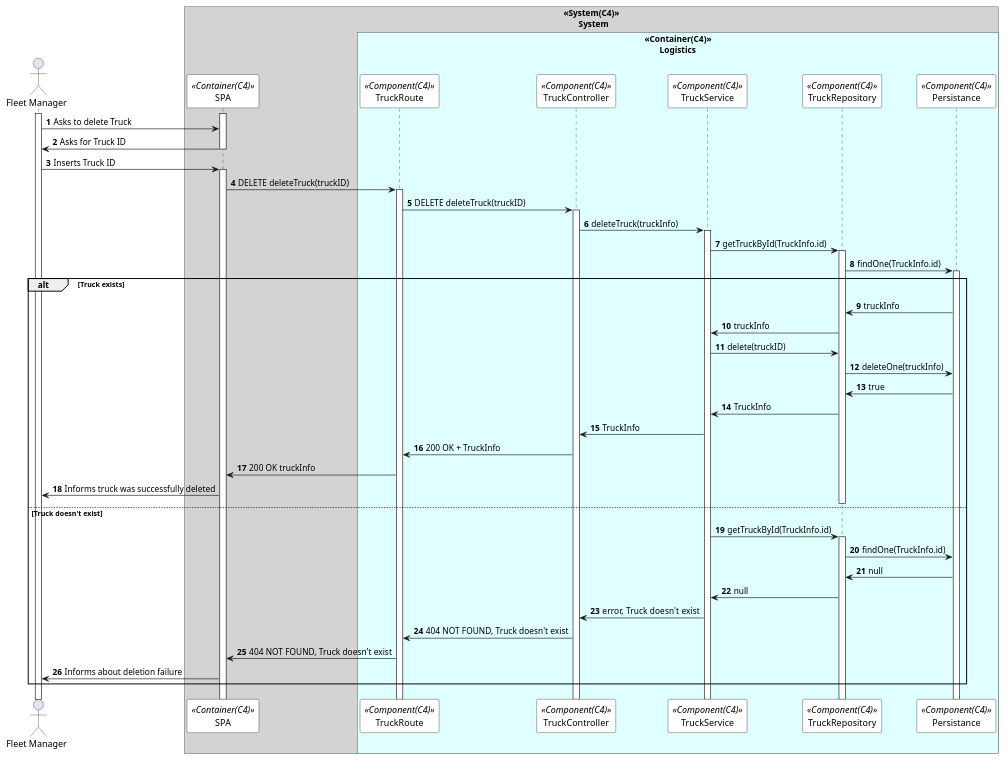
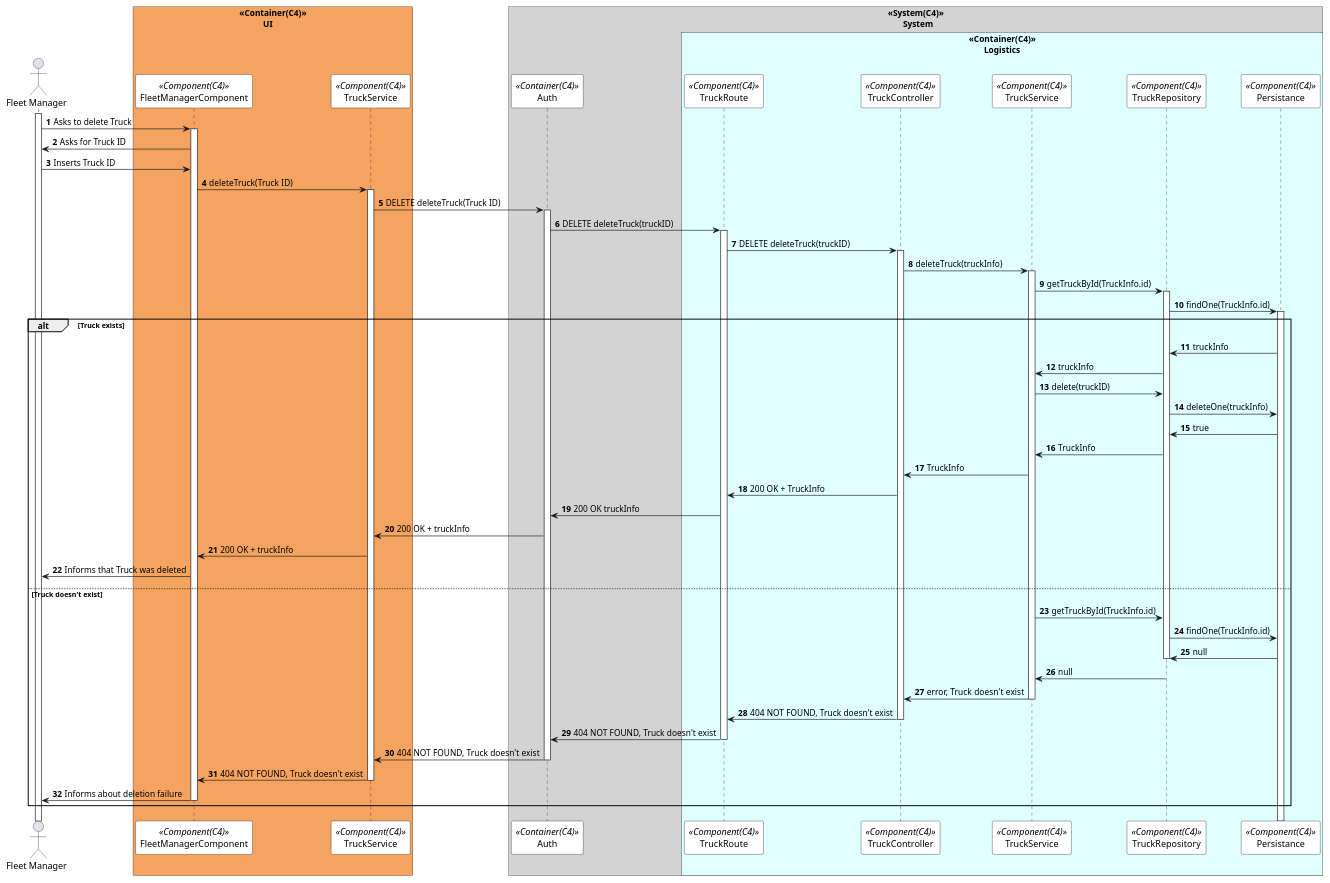
One commit to 0franciscor/dei_3dj_057 changed the diagram in Documents/Deployment Diagrams/Level 3 - Component/Process View/Truck/puml/deleteTruck.puml. Above: the diagram before and after it, drawn with PlantUML. The commit also changed 4 other files, not shown here.

Commit message:
ALL VP SPA #28 CRUD VP Diagrams updated with SPA

```diff
--- a/Documents/Deployment Diagrams/Level 3 - Component/Process View/Truck/puml/deleteTruck.puml
+++ b/Documents/Deployment Diagrams/Level 3 - Component/Process View/Truck/puml/deleteTruck.puml
@@ -1,81 +1,102 @@
 @startuml deleteTruckSD
 
 autonumber
 !pragma teoz true
 
 skinparam sequence {
 ParticipantBorderColor black
 ParticipantBackgroundColor white
 }
 
 actor "Fleet Manager" as manager
 
+box "<<Container(C4)>>\n           UI" #SandyBrown
+participant "FleetManagerComponent" as FleetManagerComponent <<Component(C4)>>
+participant "TruckService" as TruckService <<Component(C4)>>
+end box
+
 box "<<System(C4)>>\n       System" #LightGray
-participant SPA as  SPA <<Container(C4)>>
+participant Auth as  Auth <<Container(C4)>>
 box "<<Container(C4)>>\n       Logistics" #LightCyan
 participant TruckRoute as Route <<Component(C4)>>
 participant TruckController as Controller <<Component(C4)>>
 participant TruckService as Service <<Component(C4)>>
 participant TruckRepository as Repository <<Component(C4)>>
 participant Persistance as Persistance <<Component(C4)>>
 end box
 
 
 
 activate manager
-activate SPA
-manager -> SPA: Asks to delete Truck
 
-SPA -> manager: Asks for Truck ID
-deactivate SPA
+manager -> FleetManagerComponent: Asks to delete Truck
+activate FleetManagerComponent
+FleetManagerComponent -> manager: Asks for Truck ID
 
-manager ->SPA: Inserts Truck ID
-activate SPA
+manager ->FleetManagerComponent: Inserts Truck ID
 
-SPA -> Route: DELETE deleteTruck(truckID)
+FleetManagerComponent -> TruckService: deleteTruck(Truck ID)
+activate TruckService
+TruckService -> Auth: DELETE deleteTruck(Truck ID)
+activate Auth
+Auth -> Route: DELETE deleteTruck(truckID)
 activate Route
 Route -> Controller :DELETE deleteTruck(truckID)
 activate Controller
 
 
 
 Controller -> Service: deleteTruck(truckInfo)
 activate Service
 
 Service -> Repository: getTruckById(TruckInfo.id)
 activate Repository
 Repository -> Persistance: findOne(TruckInfo.id)
 activate Persistance
 
 alt Truck exists
 
 Persistance -> Repository: truckInfo
 Repository->Service: truckInfo
 
 Service -> Repository: delete(truckID)
 Repository -> Persistance:deleteOne(truckInfo)
 
 Persistance->Repository: true
+
 Repository->Service: TruckInfo
+
 Service->Controller: TruckInfo
 Controller->Route: 200 OK + TruckInfo
-Route->SPA: 200 OK truckInfo
+Route->Auth: 200 OK truckInfo
 
-SPA->manager: Informs truck was successfully deleted
-deactivate Repository
+Auth->TruckService: 200 OK + truckInfo
+TruckService->FleetManagerComponent: 200 OK + truckInfo
+FleetManagerComponent->manager: Informs that Truck was deleted
 
 else Truck doesn't exist
 
 Service -> Repository: getTruckById(TruckInfo.id)
-activate Repository
+
 Repository -> Persistance: findOne(TruckInfo.id)
 
 Persistance->Repository: null
+deactivate Repository
 Repository->Service: null
+deactivate Repository
 Service->Controller: error, Truck doesn't exist
+deactivate Service
 Controller->Route: 404 NOT FOUND, Truck doesn't exist
-Route->SPA: 404 NOT FOUND, Truck doesn't exist
-SPA->manager: Informs about deletion failure
+deactivate Controller
+Route->Auth: 404 NOT FOUND, Truck doesn't exist
+deactivate Route
+
+Auth->TruckService: 404 NOT FOUND, Truck doesn't exist
+deactivate Auth
+TruckService->FleetManagerComponent: 404 NOT FOUND, Truck doesn't exist
+deactivate TruckService
+FleetManagerComponent->manager: Informs about deletion failure
+deactivate FleetManagerComponent
 
 
 @enduml
```
